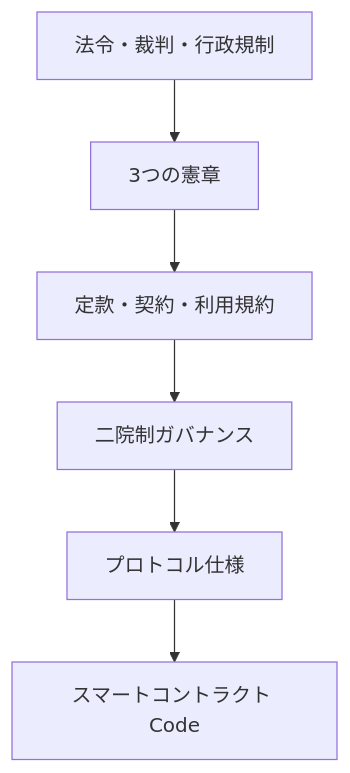
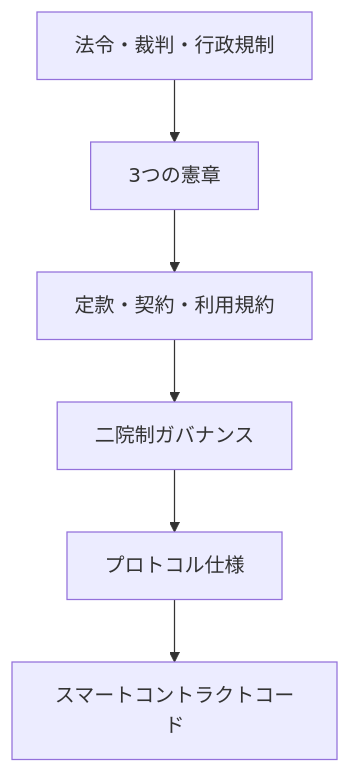
The third of 45 diagrams in docs/whitepaper/11-legal-sto-tax.md (ShigeichiroYamasaki/creator-first-platform), drawn with Mermaid before and after one commit. The commit also changed other lines of this file and 72 other files, not shown here.

````diff
--- a/docs/whitepaper/11-legal-sto-tax.md
+++ b/docs/whitepaper/11-legal-sto-tax.md
@@ -95,15 +95,15 @@
 ```mermaid
 flowchart TD
     LAW[法令・裁判・行政規制]
     CHARTER[3つの憲章]
     CONTRACT[定款・契約・利用規約]
     GOV[二院制ガバナンス]
     SPEC[プロトコル仕様]
-    CODE[スマートコントラクト Code]
+    CODE[スマートコントラクトコード]
 
     LAW --> CHARTER
     CHARTER --> CONTRACT
     CONTRACT --> GOV
     GOV --> SPEC
     SPEC --> CODE
 ```
````
